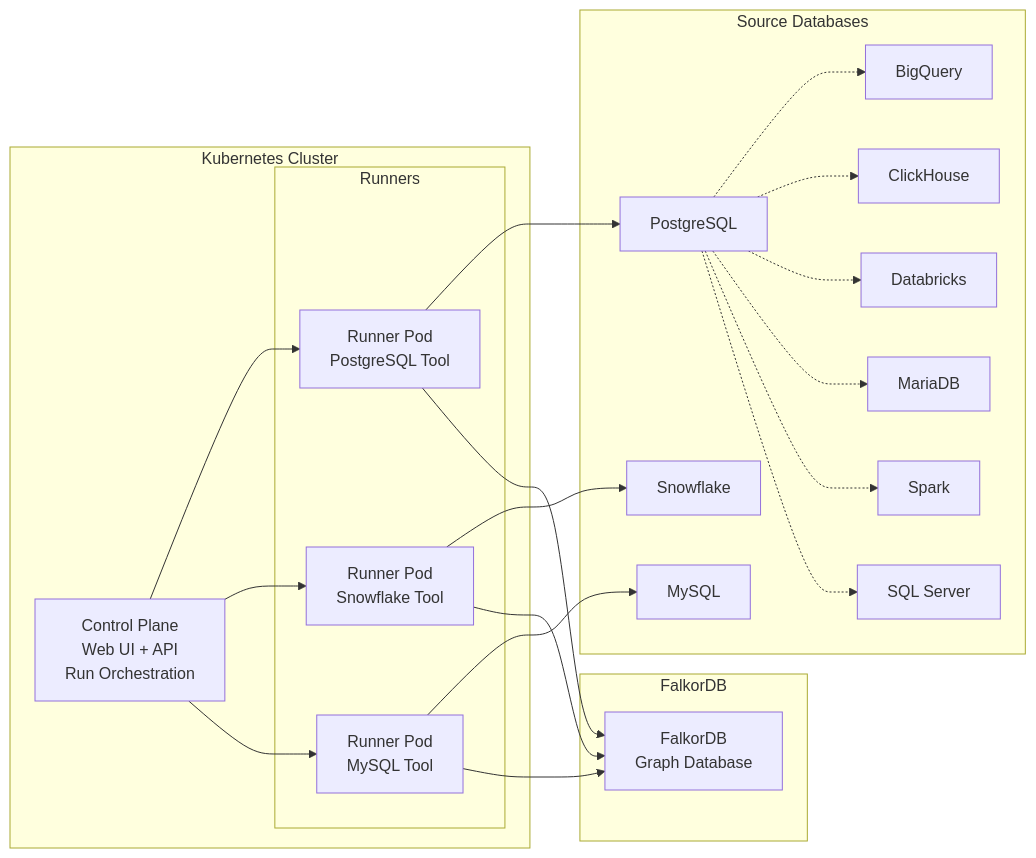
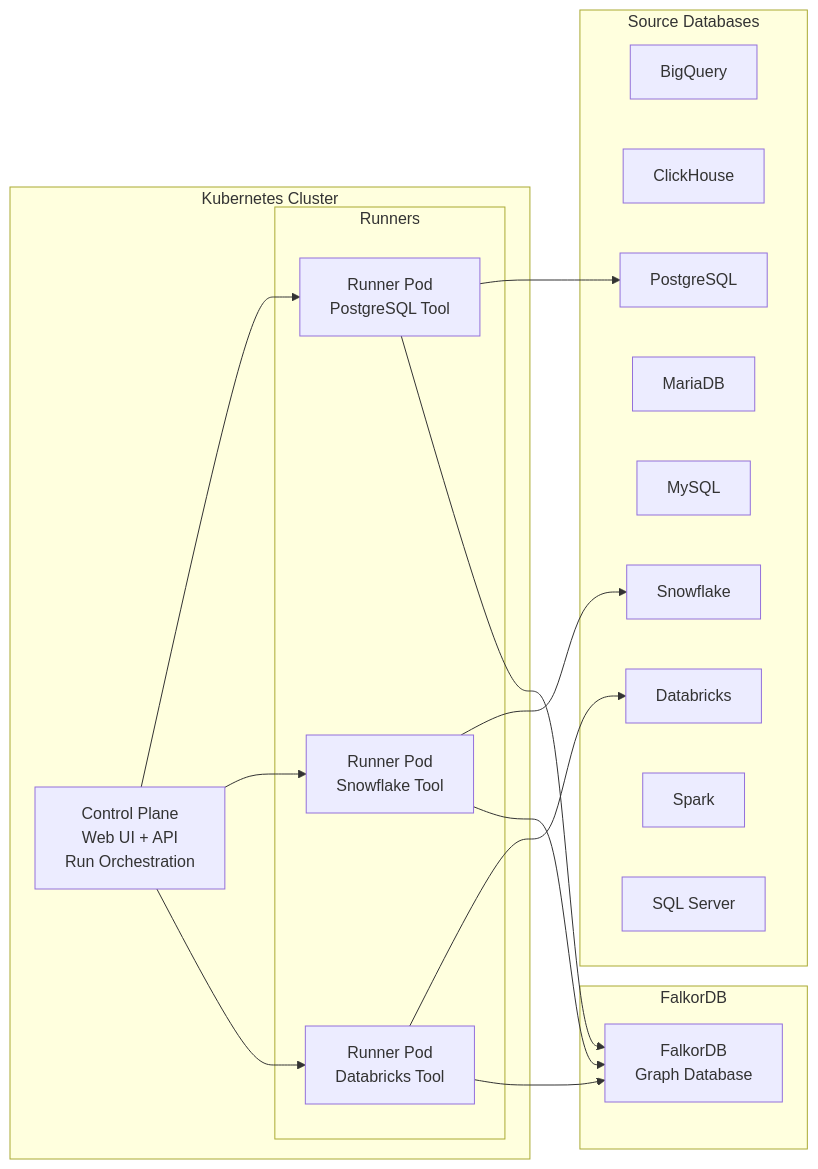
One commit to FalkorDB/DM-SQL-to-FalkorDB changed the diagram in readme.md. Above: the diagram before and after it, drawn with Mermaid. The commit also changed other lines of this file, not shown here.

Commit message:
docs: fix deployment diagram - remove false PostgreSQL mediator
Each runner pod contains all tool binaries and connects directly to
its configured source database. No intermediary exists between runners
and source systems.

````diff
--- a/readme.md
+++ b/readme.md
@@ -386,47 +386,40 @@
 ```mermaid
 flowchart LR
     subgraph Source Databases
         BQ[BigQuery]
         CH[ClickHouse]
         DB[Databricks]
         MARIA[MariaDB]
         MYSQL[MySQL]
         PG[PostgreSQL]
         SF[Snowflake]
         SP[Spark]
         SS[SQL Server]
     end
 
     subgraph Kubernetes Cluster
         CP[Control Plane<br/>Web UI + API<br/>Run Orchestration]
         
         subgraph Runners
             R1[Runner Pod<br/>PostgreSQL Tool]
             R2[Runner Pod<br/>Snowflake Tool]
-            R3[Runner Pod<br/>MySQL Tool]
+            R3[Runner Pod<br/>Databricks Tool]
         end
         
         CP --> R1
         CP --> R2
         CP --> R3
     end
 
     subgraph FalkorDB
         FDB[FalkorDB<br/>Graph Database]
     end
 
     R1 --> PG
     R2 --> SF
-    R3 --> MYSQL
+    R3 --> DB
 
     R1 --> FDB
     R2 --> FDB
     R3 --> FDB
-
-    PG -.-> BQ
-    PG -.-> CH
-    PG -.-> DB
-    PG -.-> MARIA
-    PG -.-> SP
-    PG -.-> SS
 ```
````
